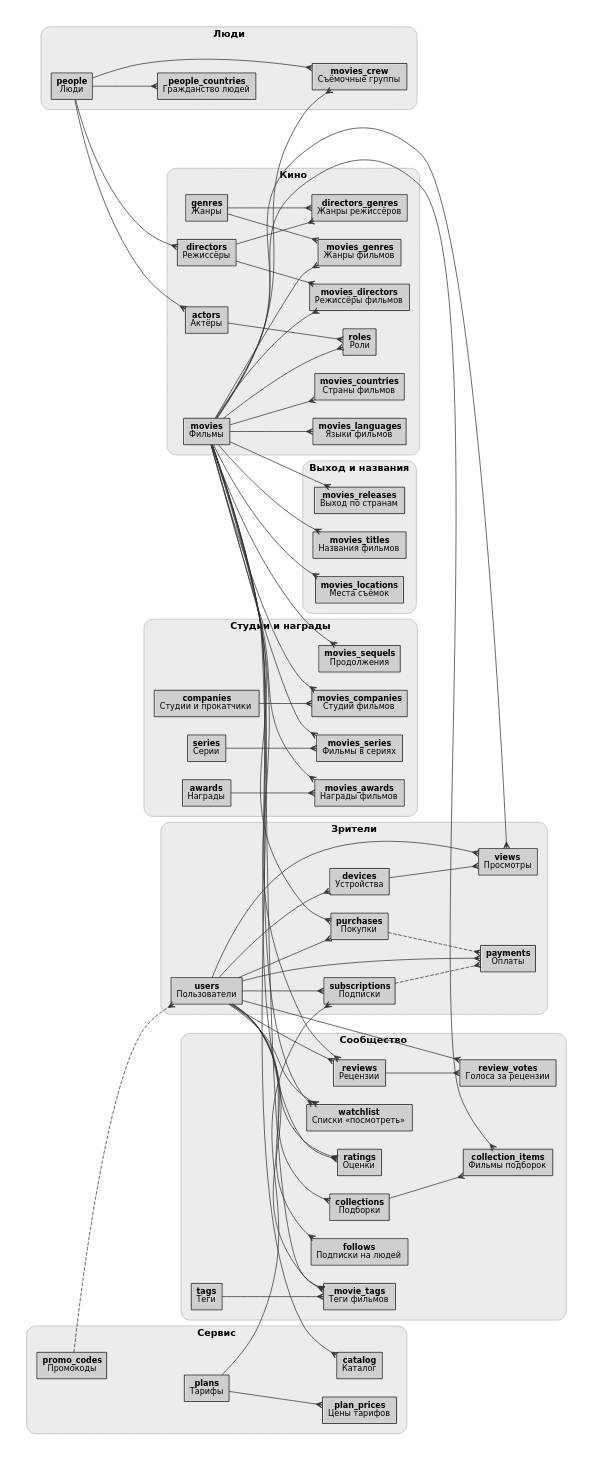
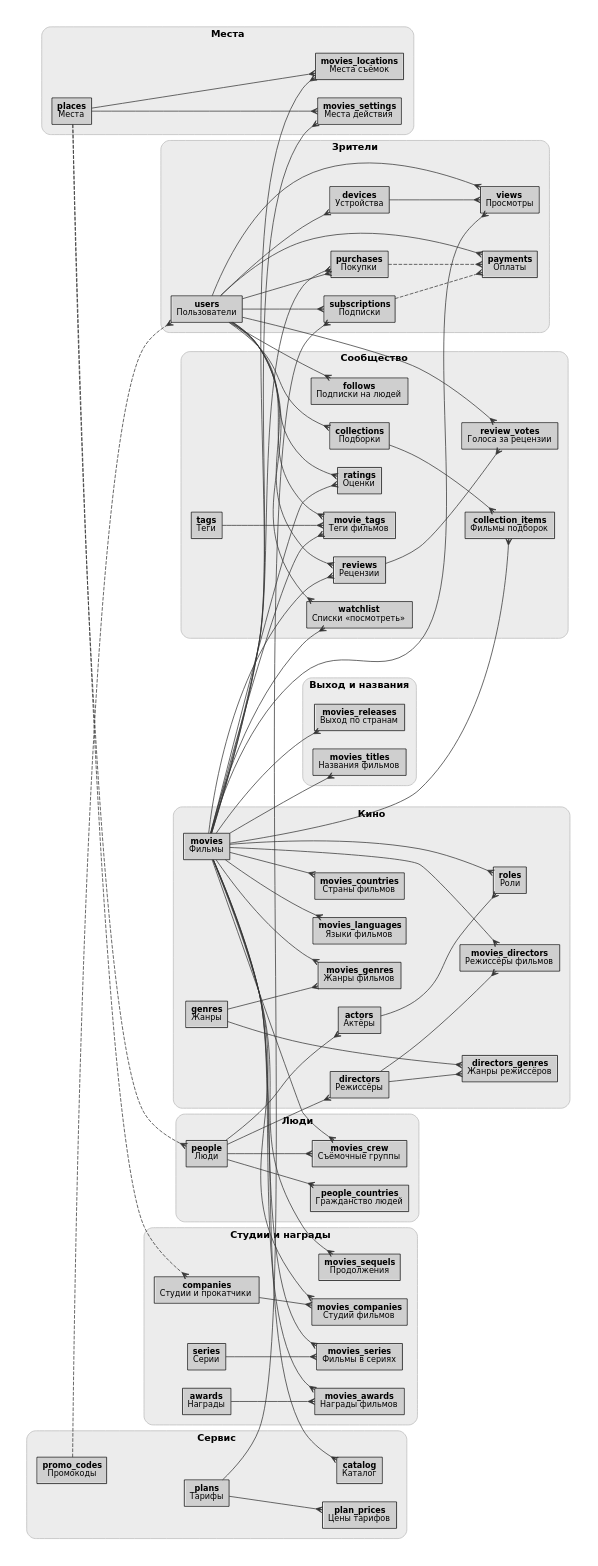
One commit to Hammerhall/hammerhall-data changed the diagram in mov/schema/schema.dot. Above: the diagram before and after it, drawn with Graphviz. The commit also changed 39 other files, not shown here.

First line of the commit message:
🗺️ Reel Map — Movie на карте: места, город World, место действия (mov-data-v1)

```diff
--- a/mov/schema/schema.dot
+++ b/mov/schema/schema.dot
@@ -1,131 +1,142 @@
 // mov-data-v1 — карта схемы: таблицы по группам без полей, связи между таблицами (одна на пару; в справочные группы — не рисуются).
 // Сгенерировано из описания схемы; руками не править. Картинка (SVG): tools/schema-svg.sh mov.
 digraph schema {
   graph [rankdir=LR, fontname="DejaVu Sans", fontsize=13, nodesep=0.35, ranksep=0.9, pad=0.3, splines=true, newrank=true];
   node [shape=plain, fontname="DejaVu Sans", fontsize=11];
   edge [dir=both, arrowtail=none, arrowhead=crow, arrowsize=0.9, color="#333333"];
   subgraph "cluster_cinema" {
     label=<<B>Кино</B>>;
     style="rounded,filled"; fillcolor="#ececec"; color="#bbbbbb"; margin=14;
     "genres" [label=<<TABLE BORDER="1" CELLBORDER="0" CELLSPACING="0" CELLPADDING="3" BGCOLOR="white"><TR><TD BGCOLOR="#cfcfcf" CELLPADDING="6"><B>genres</B><BR/>Жанры</TD></TR></TABLE>>];
     "movies" [label=<<TABLE BORDER="1" CELLBORDER="0" CELLSPACING="0" CELLPADDING="3" BGCOLOR="white"><TR><TD BGCOLOR="#cfcfcf" CELLPADDING="6"><B>movies</B><BR/>Фильмы</TD></TR></TABLE>>];
     "actors" [label=<<TABLE BORDER="1" CELLBORDER="0" CELLSPACING="0" CELLPADDING="3" BGCOLOR="white"><TR><TD BGCOLOR="#cfcfcf" CELLPADDING="6"><B>actors</B><BR/>Актёры</TD></TR></TABLE>>];
     "directors" [label=<<TABLE BORDER="1" CELLBORDER="0" CELLSPACING="0" CELLPADDING="3" BGCOLOR="white"><TR><TD BGCOLOR="#cfcfcf" CELLPADDING="6"><B>directors</B><BR/>Режиссёры</TD></TR></TABLE>>];
     "roles" [label=<<TABLE BORDER="1" CELLBORDER="0" CELLSPACING="0" CELLPADDING="3" BGCOLOR="white"><TR><TD BGCOLOR="#cfcfcf" CELLPADDING="6"><B>roles</B><BR/>Роли</TD></TR></TABLE>>];
     "movies_directors" [label=<<TABLE BORDER="1" CELLBORDER="0" CELLSPACING="0" CELLPADDING="3" BGCOLOR="white"><TR><TD BGCOLOR="#cfcfcf" CELLPADDING="6"><B>movies_directors</B><BR/>Режиссёры фильмов</TD></TR></TABLE>>];
     "movies_genres" [label=<<TABLE BORDER="1" CELLBORDER="0" CELLSPACING="0" CELLPADDING="3" BGCOLOR="white"><TR><TD BGCOLOR="#cfcfcf" CELLPADDING="6"><B>movies_genres</B><BR/>Жанры фильмов</TD></TR></TABLE>>];
     "directors_genres" [label=<<TABLE BORDER="1" CELLBORDER="0" CELLSPACING="0" CELLPADDING="3" BGCOLOR="white"><TR><TD BGCOLOR="#cfcfcf" CELLPADDING="6"><B>directors_genres</B><BR/>Жанры режиссёров</TD></TR></TABLE>>];
     "movies_countries" [label=<<TABLE BORDER="1" CELLBORDER="0" CELLSPACING="0" CELLPADDING="3" BGCOLOR="white"><TR><TD BGCOLOR="#cfcfcf" CELLPADDING="6"><B>movies_countries</B><BR/>Страны фильмов</TD></TR></TABLE>>];
     "movies_languages" [label=<<TABLE BORDER="1" CELLBORDER="0" CELLSPACING="0" CELLPADDING="3" BGCOLOR="white"><TR><TD BGCOLOR="#cfcfcf" CELLPADDING="6"><B>movies_languages</B><BR/>Языки фильмов</TD></TR></TABLE>>];
   }
   subgraph "cluster_people" {
     label=<<B>Люди</B>>;
     style="rounded,filled"; fillcolor="#ececec"; color="#bbbbbb"; margin=14;
     "people" [label=<<TABLE BORDER="1" CELLBORDER="0" CELLSPACING="0" CELLPADDING="3" BGCOLOR="white"><TR><TD BGCOLOR="#cfcfcf" CELLPADDING="6"><B>people</B><BR/>Люди</TD></TR></TABLE>>];
     "people_countries" [label=<<TABLE BORDER="1" CELLBORDER="0" CELLSPACING="0" CELLPADDING="3" BGCOLOR="white"><TR><TD BGCOLOR="#cfcfcf" CELLPADDING="6"><B>people_countries</B><BR/>Гражданство людей</TD></TR></TABLE>>];
     "movies_crew" [label=<<TABLE BORDER="1" CELLBORDER="0" CELLSPACING="0" CELLPADDING="3" BGCOLOR="white"><TR><TD BGCOLOR="#cfcfcf" CELLPADDING="6"><B>movies_crew</B><BR/>Съёмочные группы</TD></TR></TABLE>>];
   }
   subgraph "cluster_studios" {
     label=<<B>Студии и награды</B>>;
     style="rounded,filled"; fillcolor="#ececec"; color="#bbbbbb"; margin=14;
     "companies" [label=<<TABLE BORDER="1" CELLBORDER="0" CELLSPACING="0" CELLPADDING="3" BGCOLOR="white"><TR><TD BGCOLOR="#cfcfcf" CELLPADDING="6"><B>companies</B><BR/>Студии и прокатчики</TD></TR></TABLE>>];
     "movies_companies" [label=<<TABLE BORDER="1" CELLBORDER="0" CELLSPACING="0" CELLPADDING="3" BGCOLOR="white"><TR><TD BGCOLOR="#cfcfcf" CELLPADDING="6"><B>movies_companies</B><BR/>Студии фильмов</TD></TR></TABLE>>];
     "series" [label=<<TABLE BORDER="1" CELLBORDER="0" CELLSPACING="0" CELLPADDING="3" BGCOLOR="white"><TR><TD BGCOLOR="#cfcfcf" CELLPADDING="6"><B>series</B><BR/>Серии</TD></TR></TABLE>>];
     "movies_series" [label=<<TABLE BORDER="1" CELLBORDER="0" CELLSPACING="0" CELLPADDING="3" BGCOLOR="white"><TR><TD BGCOLOR="#cfcfcf" CELLPADDING="6"><B>movies_series</B><BR/>Фильмы в сериях</TD></TR></TABLE>>];
     "movies_sequels" [label=<<TABLE BORDER="1" CELLBORDER="0" CELLSPACING="0" CELLPADDING="3" BGCOLOR="white"><TR><TD BGCOLOR="#cfcfcf" CELLPADDING="6"><B>movies_sequels</B><BR/>Продолжения</TD></TR></TABLE>>];
     "awards" [label=<<TABLE BORDER="1" CELLBORDER="0" CELLSPACING="0" CELLPADDING="3" BGCOLOR="white"><TR><TD BGCOLOR="#cfcfcf" CELLPADDING="6"><B>awards</B><BR/>Награды</TD></TR></TABLE>>];
     "movies_awards" [label=<<TABLE BORDER="1" CELLBORDER="0" CELLSPACING="0" CELLPADDING="3" BGCOLOR="white"><TR><TD BGCOLOR="#cfcfcf" CELLPADDING="6"><B>movies_awards</B><BR/>Награды фильмов</TD></TR></TABLE>>];
   }
   subgraph "cluster_releases" {
     label=<<B>Выход и названия</B>>;
     style="rounded,filled"; fillcolor="#ececec"; color="#bbbbbb"; margin=14;
     "movies_releases" [label=<<TABLE BORDER="1" CELLBORDER="0" CELLSPACING="0" CELLPADDING="3" BGCOLOR="white"><TR><TD BGCOLOR="#cfcfcf" CELLPADDING="6"><B>movies_releases</B><BR/>Выход по странам</TD></TR></TABLE>>];
     "movies_titles" [label=<<TABLE BORDER="1" CELLBORDER="0" CELLSPACING="0" CELLPADDING="3" BGCOLOR="white"><TR><TD BGCOLOR="#cfcfcf" CELLPADDING="6"><B>movies_titles</B><BR/>Названия фильмов</TD></TR></TABLE>>];
+  }
+  subgraph "cluster_places" {
+    label=<<B>Места</B>>;
+    style="rounded,filled"; fillcolor="#ececec"; color="#bbbbbb"; margin=14;
     "movies_locations" [label=<<TABLE BORDER="1" CELLBORDER="0" CELLSPACING="0" CELLPADDING="3" BGCOLOR="white"><TR><TD BGCOLOR="#cfcfcf" CELLPADDING="6"><B>movies_locations</B><BR/>Места съёмок</TD></TR></TABLE>>];
+    "places" [label=<<TABLE BORDER="1" CELLBORDER="0" CELLSPACING="0" CELLPADDING="3" BGCOLOR="white"><TR><TD BGCOLOR="#cfcfcf" CELLPADDING="6"><B>places</B><BR/>Места</TD></TR></TABLE>>];
+    "movies_settings" [label=<<TABLE BORDER="1" CELLBORDER="0" CELLSPACING="0" CELLPADDING="3" BGCOLOR="white"><TR><TD BGCOLOR="#cfcfcf" CELLPADDING="6"><B>movies_settings</B><BR/>Места действия</TD></TR></TABLE>>];
   }
   subgraph "cluster_service" {
     label=<<B>Сервис</B>>;
     style="rounded,filled"; fillcolor="#ececec"; color="#bbbbbb"; margin=14;
     "plans" [label=<<TABLE BORDER="1" CELLBORDER="0" CELLSPACING="0" CELLPADDING="3" BGCOLOR="white"><TR><TD BGCOLOR="#cfcfcf" CELLPADDING="6"><B>plans</B><BR/>Тарифы</TD></TR></TABLE>>];
     "plan_prices" [label=<<TABLE BORDER="1" CELLBORDER="0" CELLSPACING="0" CELLPADDING="3" BGCOLOR="white"><TR><TD BGCOLOR="#cfcfcf" CELLPADDING="6"><B>plan_prices</B><BR/>Цены тарифов</TD></TR></TABLE>>];
     "promo_codes" [label=<<TABLE BORDER="1" CELLBORDER="0" CELLSPACING="0" CELLPADDING="3" BGCOLOR="white"><TR><TD BGCOLOR="#cfcfcf" CELLPADDING="6"><B>promo_codes</B><BR/>Промокоды</TD></TR></TABLE>>];
     "catalog" [label=<<TABLE BORDER="1" CELLBORDER="0" CELLSPACING="0" CELLPADDING="3" BGCOLOR="white"><TR><TD BGCOLOR="#cfcfcf" CELLPADDING="6"><B>catalog</B><BR/>Каталог</TD></TR></TABLE>>];
   }
   subgraph "cluster_viewers" {
     label=<<B>Зрители</B>>;
     style="rounded,filled"; fillcolor="#ececec"; color="#bbbbbb"; margin=14;
     "users" [label=<<TABLE BORDER="1" CELLBORDER="0" CELLSPACING="0" CELLPADDING="3" BGCOLOR="white"><TR><TD BGCOLOR="#cfcfcf" CELLPADDING="6"><B>users</B><BR/>Пользователи</TD></TR></TABLE>>];
     "devices" [label=<<TABLE BORDER="1" CELLBORDER="0" CELLSPACING="0" CELLPADDING="3" BGCOLOR="white"><TR><TD BGCOLOR="#cfcfcf" CELLPADDING="6"><B>devices</B><BR/>Устройства</TD></TR></TABLE>>];
     "subscriptions" [label=<<TABLE BORDER="1" CELLBORDER="0" CELLSPACING="0" CELLPADDING="3" BGCOLOR="white"><TR><TD BGCOLOR="#cfcfcf" CELLPADDING="6"><B>subscriptions</B><BR/>Подписки</TD></TR></TABLE>>];
     "payments" [label=<<TABLE BORDER="1" CELLBORDER="0" CELLSPACING="0" CELLPADDING="3" BGCOLOR="white"><TR><TD BGCOLOR="#cfcfcf" CELLPADDING="6"><B>payments</B><BR/>Оплаты</TD></TR></TABLE>>];
     "purchases" [label=<<TABLE BORDER="1" CELLBORDER="0" CELLSPACING="0" CELLPADDING="3" BGCOLOR="white"><TR><TD BGCOLOR="#cfcfcf" CELLPADDING="6"><B>purchases</B><BR/>Покупки</TD></TR></TABLE>>];
     "views" [label=<<TABLE BORDER="1" CELLBORDER="0" CELLSPACING="0" CELLPADDING="3" BGCOLOR="white"><TR><TD BGCOLOR="#cfcfcf" CELLPADDING="6"><B>views</B><BR/>Просмотры</TD></TR></TABLE>>];
   }
   subgraph "cluster_community" {
     label=<<B>Сообщество</B>>;
     style="rounded,filled"; fillcolor="#ececec"; color="#bbbbbb"; margin=14;
     "ratings" [label=<<TABLE BORDER="1" CELLBORDER="0" CELLSPACING="0" CELLPADDING="3" BGCOLOR="white"><TR><TD BGCOLOR="#cfcfcf" CELLPADDING="6"><B>ratings</B><BR/>Оценки</TD></TR></TABLE>>];
     "reviews" [label=<<TABLE BORDER="1" CELLBORDER="0" CELLSPACING="0" CELLPADDING="3" BGCOLOR="white"><TR><TD BGCOLOR="#cfcfcf" CELLPADDING="6"><B>reviews</B><BR/>Рецензии</TD></TR></TABLE>>];
     "review_votes" [label=<<TABLE BORDER="1" CELLBORDER="0" CELLSPACING="0" CELLPADDING="3" BGCOLOR="white"><TR><TD BGCOLOR="#cfcfcf" CELLPADDING="6"><B>review_votes</B><BR/>Голоса за рецензии</TD></TR></TABLE>>];
     "watchlist" [label=<<TABLE BORDER="1" CELLBORDER="0" CELLSPACING="0" CELLPADDING="3" BGCOLOR="white"><TR><TD BGCOLOR="#cfcfcf" CELLPADDING="6"><B>watchlist</B><BR/>Списки «посмотреть»</TD></TR></TABLE>>];
     "follows" [label=<<TABLE BORDER="1" CELLBORDER="0" CELLSPACING="0" CELLPADDING="3" BGCOLOR="white"><TR><TD BGCOLOR="#cfcfcf" CELLPADDING="6"><B>follows</B><BR/>Подписки на людей</TD></TR></TABLE>>];
     "collections" [label=<<TABLE BORDER="1" CELLBORDER="0" CELLSPACING="0" CELLPADDING="3" BGCOLOR="white"><TR><TD BGCOLOR="#cfcfcf" CELLPADDING="6"><B>collections</B><BR/>Подборки</TD></TR></TABLE>>];
     "collection_items" [label=<<TABLE BORDER="1" CELLBORDER="0" CELLSPACING="0" CELLPADDING="3" BGCOLOR="white"><TR><TD BGCOLOR="#cfcfcf" CELLPADDING="6"><B>collection_items</B><BR/>Фильмы подборок</TD></TR></TABLE>>];
     "tags" [label=<<TABLE BORDER="1" CELLBORDER="0" CELLSPACING="0" CELLPADDING="3" BGCOLOR="white"><TR><TD BGCOLOR="#cfcfcf" CELLPADDING="6"><B>tags</B><BR/>Теги</TD></TR></TABLE>>];
     "movie_tags" [label=<<TABLE BORDER="1" CELLBORDER="0" CELLSPACING="0" CELLPADDING="3" BGCOLOR="white"><TR><TD BGCOLOR="#cfcfcf" CELLPADDING="6"><B>movie_tags</B><BR/>Теги фильмов</TD></TR></TABLE>>];
   }
   "people" -> "actors";
   "people" -> "directors";
   "actors" -> "roles";
   "movies" -> "roles";
   "directors" -> "movies_directors";
   "movies" -> "movies_directors";
   "movies" -> "movies_genres";
   "genres" -> "movies_genres";
   "directors" -> "directors_genres";
   "genres" -> "directors_genres";
   "movies" -> "movies_countries";
   "movies" -> "movies_languages";
+  "places" -> "people" [style=dashed];
   "people" -> "people_countries";
   "movies" -> "movies_crew";
   "people" -> "movies_crew";
+  "places" -> "companies" [style=dashed];
   "movies" -> "movies_companies";
   "companies" -> "movies_companies";
   "movies" -> "movies_series";
   "series" -> "movies_series";
   "movies" -> "movies_sequels";
   "movies" -> "movies_awards";
   "awards" -> "movies_awards";
   "movies" -> "movies_releases";
   "movies" -> "movies_titles";
   "movies" -> "movies_locations";
+  "places" -> "movies_locations";
+  "movies" -> "movies_settings";
+  "places" -> "movies_settings";
   "plans" -> "plan_prices";
   "promo_codes" -> "users" [style=dashed];
   "users" -> "devices";
   "users" -> "subscriptions";
   "plans" -> "subscriptions";
   "users" -> "payments";
   "subscriptions" -> "payments" [style=dashed];
   "purchases" -> "payments" [style=dashed];
   "movies" -> "catalog";
   "users" -> "purchases";
   "movies" -> "purchases";
   "users" -> "views";
   "devices" -> "views";
   "movies" -> "views";
   "users" -> "ratings";
   "movies" -> "ratings";
   "users" -> "reviews";
   "movies" -> "reviews";
   "reviews" -> "review_votes";
   "users" -> "review_votes";
   "users" -> "watchlist";
   "movies" -> "watchlist";
   "users" -> "follows";
   "users" -> "collections";
   "collections" -> "collection_items";
   "movies" -> "collection_items";
   "users" -> "movie_tags";
   "movies" -> "movie_tags";
   "tags" -> "movie_tags";
 }
```
